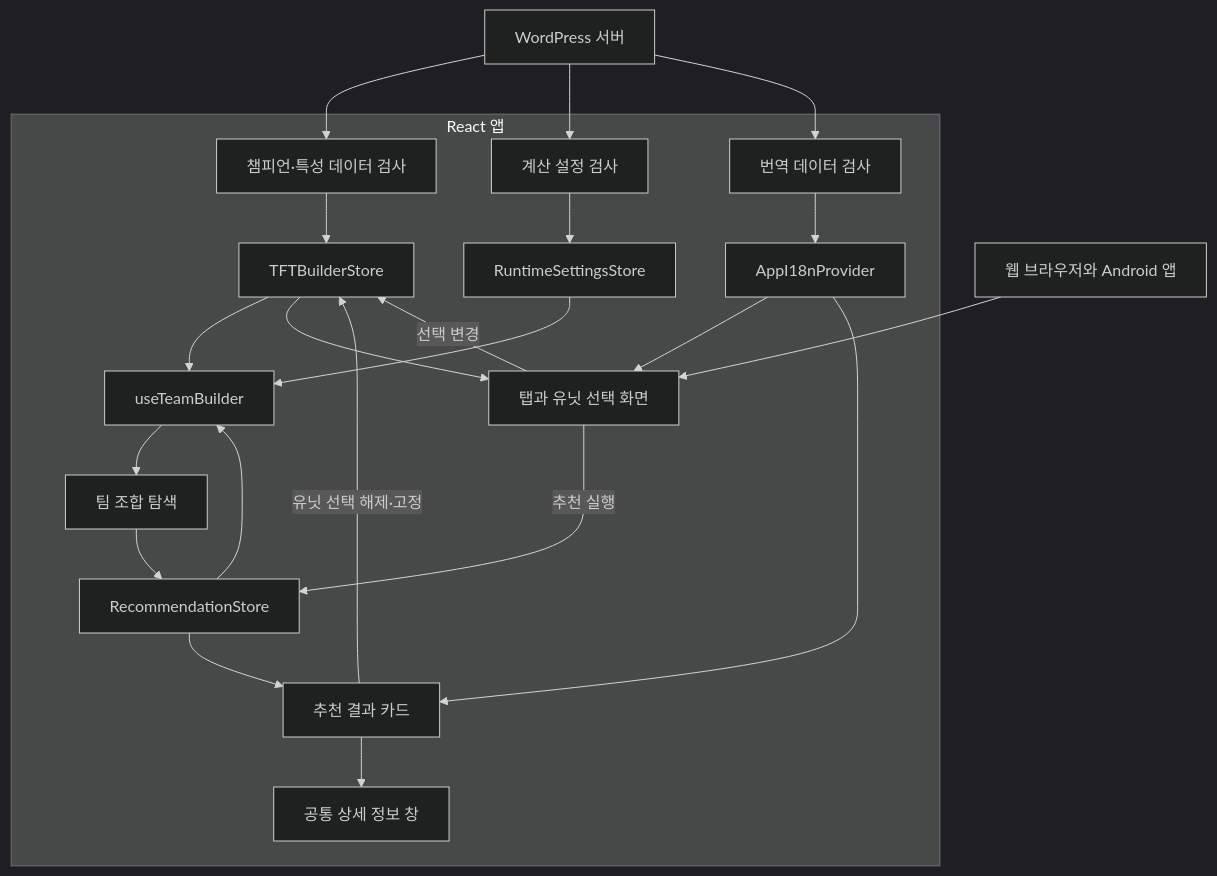
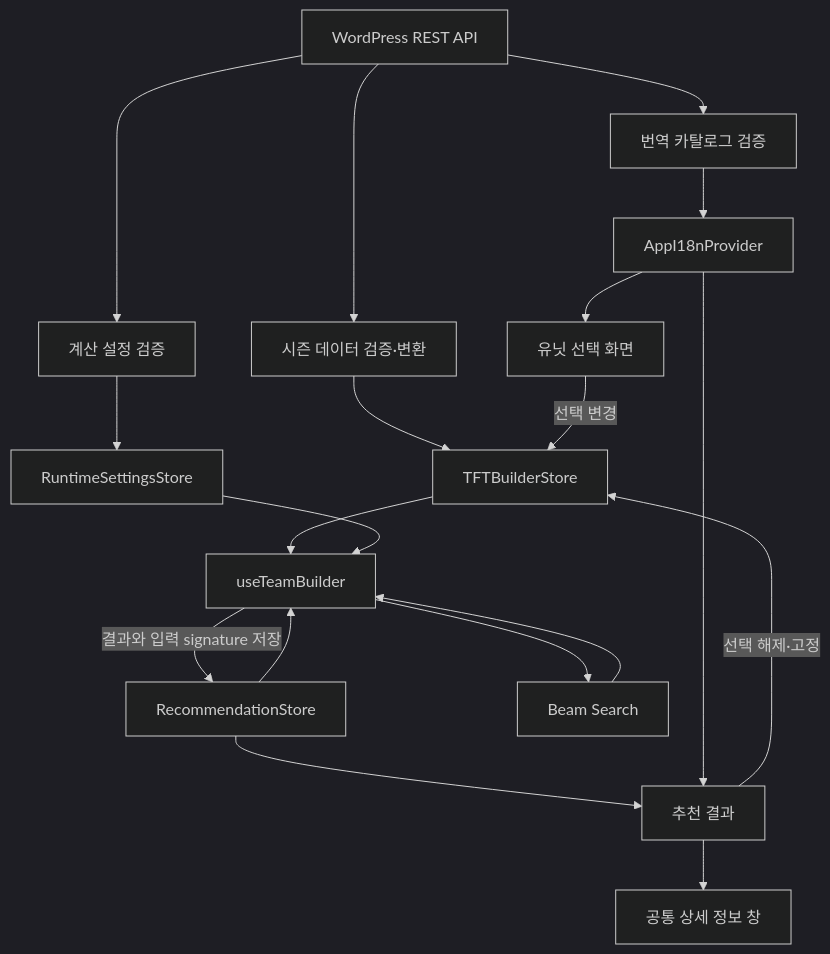
The diagram in vite-project/src/features/README.md (kimdol/my-tft-app), drawn with Mermaid (dark theme) before and after one commit. The commit also changed other lines of this file, not shown here.

````diff
--- a/vite-project/src/features/README.md
+++ b/vite-project/src/features/README.md
@@ -29,33 +15,21 @@
 ```mermaid
 flowchart TB
-    Runtime["WordPress 서버"] --> Dataset["챔피언·특성 데이터 검사"]
-    Runtime --> Settings["계산 설정 검사"]
-    Runtime --> Translations["번역 데이터 검사"]
-
-    subgraph Client["React 앱"]
-        Dataset --> BuilderStore["TFTBuilderStore"]
-        Settings --> SettingsStore["RuntimeSettingsStore"]
-        Translations --> I18n["AppI18nProvider"]
-
-        Workspace["탭과 유닛 선택 화면"] -->|선택 변경| BuilderStore
-        Workspace -->|추천 실행| RecommendationStore["RecommendationStore"]
-
-        BuilderStore --> TeamBuilder["useTeamBuilder"]
-        SettingsStore --> TeamBuilder
-        RecommendationStore --> TeamBuilder
-
-        TeamBuilder --> Optimizer["팀 조합 탐색"]
-        Optimizer --> RecommendationStore
-
-        RecommendationStore --> Result["추천 결과 카드"]
-
-        BuilderStore --> Workspace
-        I18n --> Workspace
-        I18n --> Result
-
-        Result -->|유닛 선택 해제·고정| BuilderStore
-        Result --> Details["공통 상세 정보 창"]
-    end
-
-    Browser["웹 브라우저와 Android 앱"] --> Workspace
+    Server["WordPress REST API"] --> Data["시즌 데이터 검증·변환"]
+    Server --> Settings["계산 설정 검증"]
+    Server --> Translation["번역 카탈로그 검증"]
+    Data --> Builder["TFTBuilderStore"]
+    Settings --> Runtime["RuntimeSettingsStore"]
+    Translation --> I18n["AppI18nProvider"]
+    View["유닛 선택 화면"] -->|선택 변경| Builder
+    Builder --> Hook["useTeamBuilder"]
+    Runtime --> Hook
+    Sessions["RecommendationStore"] --> Hook
+    Hook --> Search["Beam Search"]
+    Search --> Hook
+    Hook -->|결과와 입력 signature 저장| Sessions
+    Sessions --> Result["추천 결과"]
+    I18n --> View
+    I18n --> Result
+    Result -->|선택 해제·고정| Builder
+    Result --> Detail["공통 상세 정보 창"]
 ```
````
